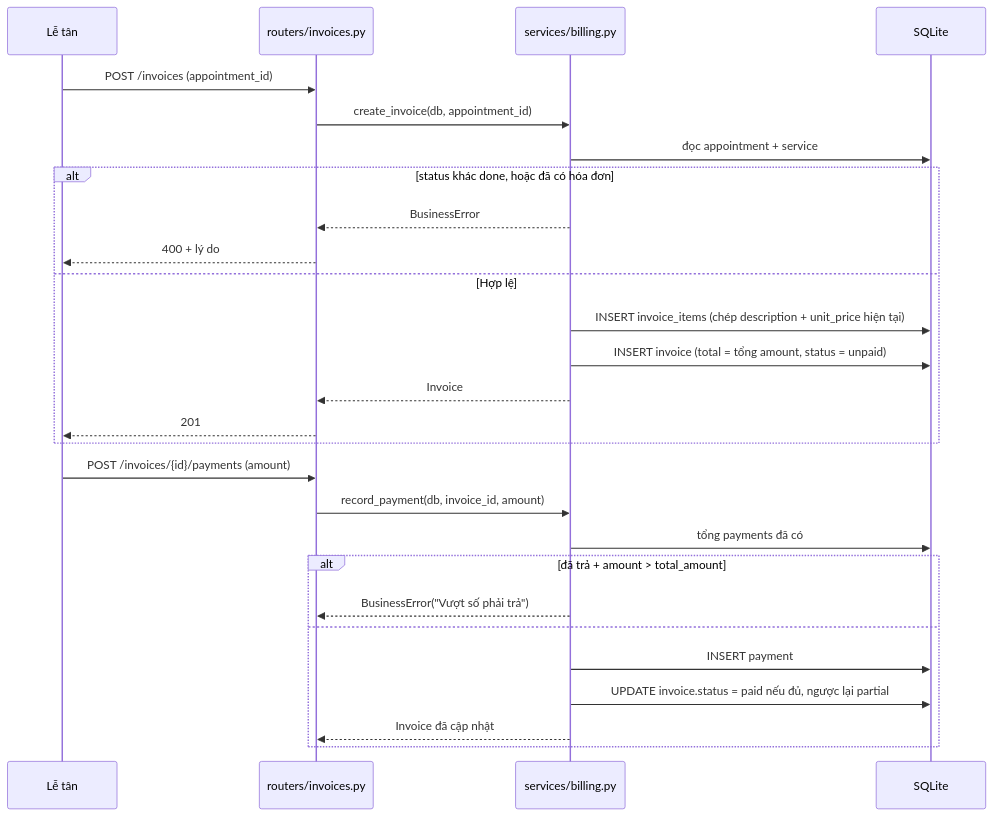
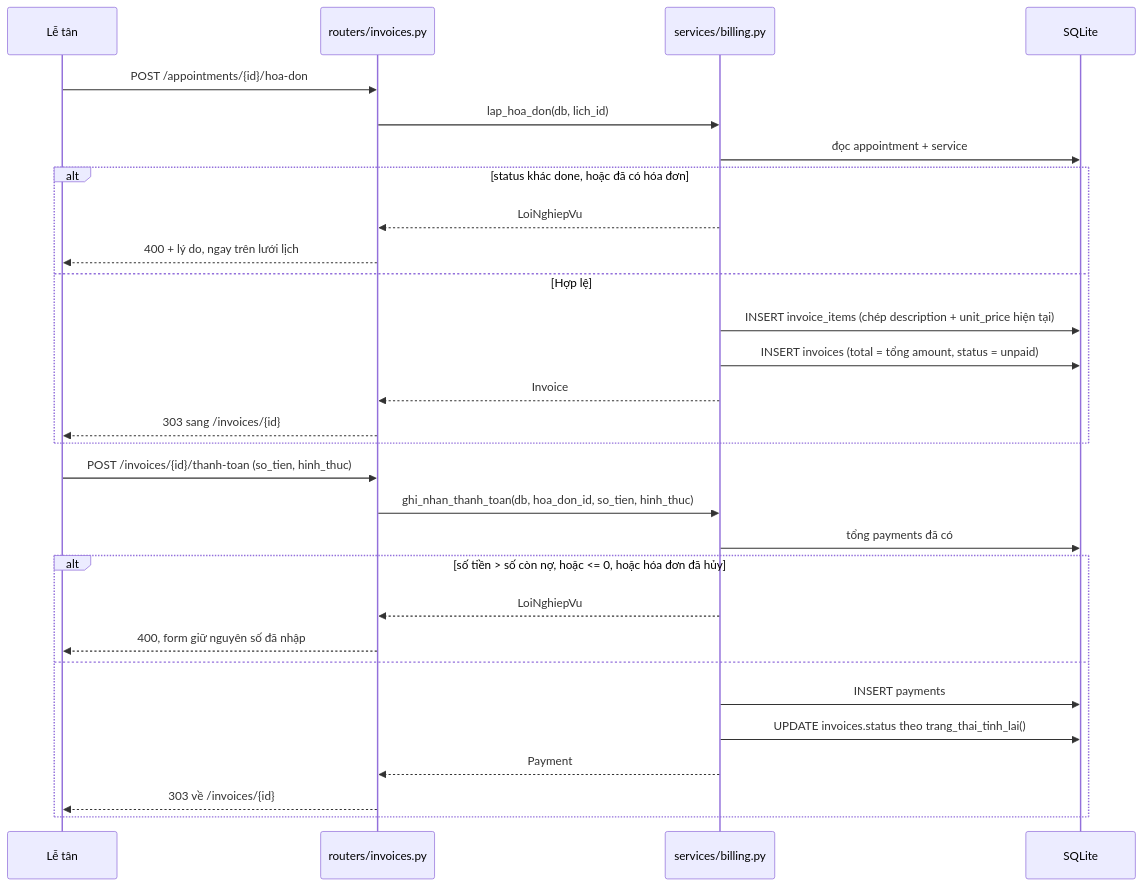
The second of 3 diagrams in docs/architecture.md (dtc245010034-rgb/Veterinary-management-system), drawn with Mermaid before and after one commit. The commit also changed other lines of this file and 2 other files, not shown here.

Commit message:
docs: chot ra soat toan he thong sau khi tick smoke P5 chang 1
- architecture.md: sua ten ham va route trong luong 1 va luong 2 cho khop code that
  (create_appointment -> dat_lich, create_invoice -> lap_hoa_don, /payments -> /thanh-toan)
- ghi ket qua ra soat vao log phien: 465 test xanh, 90/121 o smoke, 12/13 bang ERD

Claude-Session: https://claude.ai/code/session_0174N1JbvMhxcscNjqi7wJwc

````diff
--- a/docs/architecture.md
+++ b/docs/architecture.md
@@ -129,31 +129,33 @@
 ```mermaid
 sequenceDiagram
     participant LT as Lễ tân
     participant R as routers/invoices.py
     participant B as services/billing.py
     participant DB as SQLite
 
-    LT->>R: POST /invoices (appointment_id)
-    R->>B: create_invoice(db, appointment_id)
+    LT->>R: POST /appointments/{id}/hoa-don
+    R->>B: lap_hoa_don(db, lich_id)
     B->>DB: đọc appointment + service
     alt status khác done, hoặc đã có hóa đơn
-        B-->>R: BusinessError
-        R-->>LT: 400 + lý do
+        B-->>R: LoiNghiepVu
+        R-->>LT: 400 + lý do, ngay trên lưới lịch
     else Hợp lệ
         B->>DB: INSERT invoice_items (chép description + unit_price hiện tại)
-        B->>DB: INSERT invoice (total = tổng amount, status = unpaid)
+        B->>DB: INSERT invoices (total = tổng amount, status = unpaid)
         B-->>R: Invoice
-        R-->>LT: 201
+        R-->>LT: 303 sang /invoices/{id}
     end
 
-    LT->>R: POST /invoices/{id}/payments (amount)
-    R->>B: record_payment(db, invoice_id, amount)
+    LT->>R: POST /invoices/{id}/thanh-toan (so_tien, hinh_thuc)
+    R->>B: ghi_nhan_thanh_toan(db, hoa_don_id, so_tien, hinh_thuc)
     B->>DB: tổng payments đã có
-    alt đã trả + amount > total_amount
-        B-->>R: BusinessError("Vượt số phải trả")
+    alt số tiền > số còn nợ, hoặc <= 0, hoặc hóa đơn đã hủy
+        B-->>R: LoiNghiepVu
+        R-->>LT: 400, form giữ nguyên số đã nhập
     else
-        B->>DB: INSERT payment
-        B->>DB: UPDATE invoice.status = paid nếu đủ, ngược lại partial
-        B-->>R: Invoice đã cập nhật
+        B->>DB: INSERT payments
+        B->>DB: UPDATE invoices.status theo trang_thai_tinh_lai()
+        B-->>R: Payment
+        R-->>LT: 303 về /invoices/{id}
     end
 ```
````
